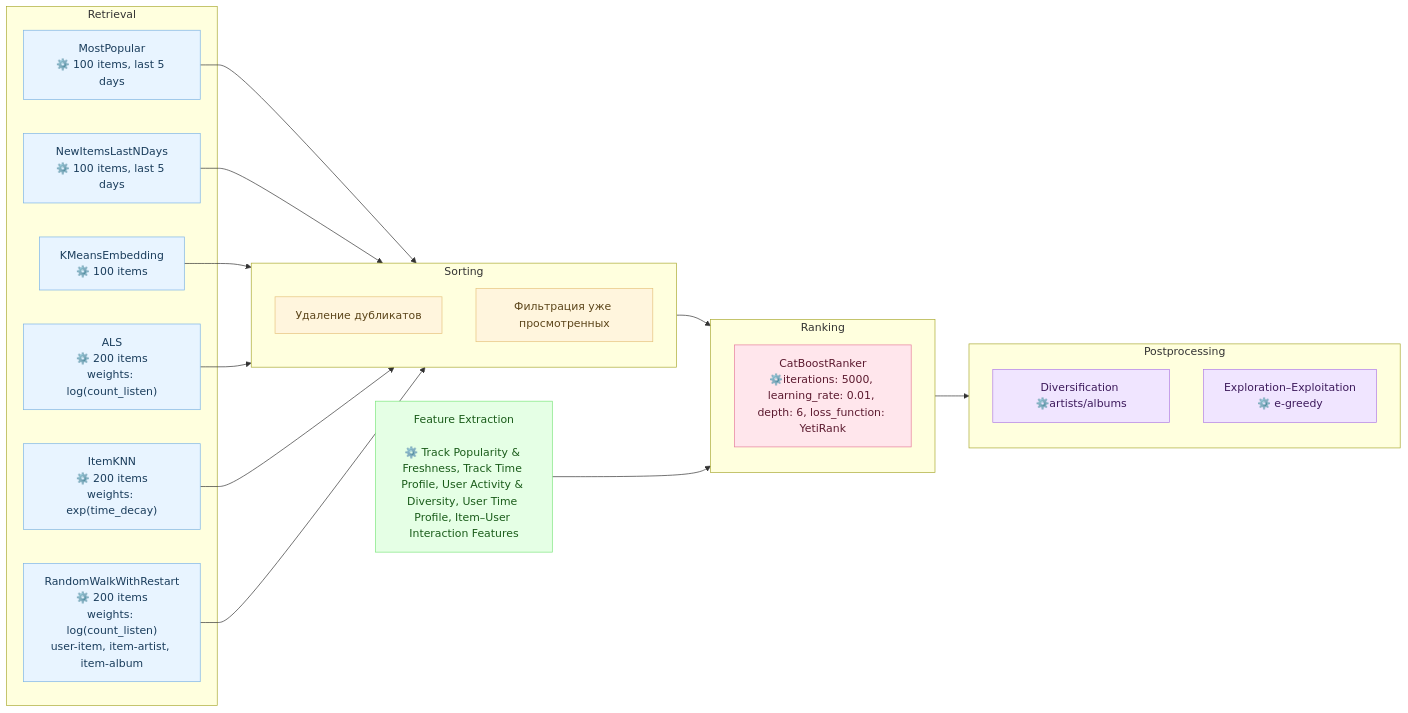
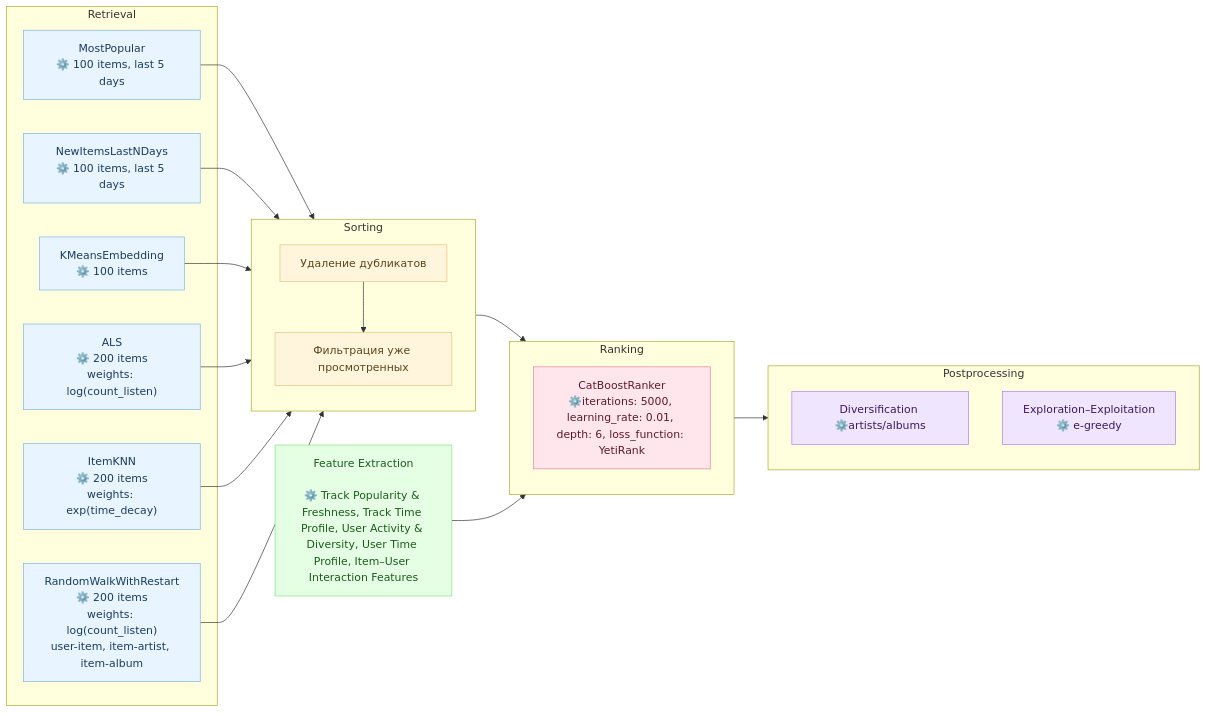
One commit to Nastasy822/music-recommendation-experiments changed the second of 2 diagrams in README.md. Above: the diagram before and after it, drawn with Mermaid.

Commit message:
docs(readme): update diagram

````diff
--- a/README.md
+++ b/README.md
@@ -180,58 +180,59 @@
 ```mermaid
 flowchart LR
     %% === Retrieval Models ===
     subgraph RETRIEVAL ["Retrieval"]
         PopAll["MostPopular<br/>⚙️ 100 items, last 5 days"]
         PopUser["NewItemsLastNDays<br/>⚙️ 100 items, last 5 days"]
         SIM["KMeansEmbedding<br/>⚙️ 100 items"]
         ITEMKNN["ItemKNN<br/>⚙️ 200 items<br/>weights: exp(time_decay)"]
         GRAPH["RandomWalkWithRestart<br/>⚙️ 200 items<br/>weights: log(count_listen)<br/>user-item, item-artist, item-album"]
         ALS["ALS<br/>⚙️ 200 items<br/>weights: log(count_listen)"]
     end
 
     %% === Sorting Stage ===
     subgraph SORTING ["Sorting"]
         direction TB
         DUBLICATE["Удаление дубликатов"]
         FILTER["Фильтрация уже просмотренных"]
+        DUBLICATE --> FILTER
     end
 
     %% === Ranking Stage ===
     subgraph RANKING ["Ranking"]
         RANK["CatBoostRanker<br/>⚙️iterations: 5000, learning_rate: 0.01, depth: 6, loss_function: YetiRank"]
     end
 
     %% === Postprocessing Stage ===
     subgraph POSTPROCESS ["Postprocessing"]
         ARTIST_FILTER["Diversification ⚙️artists/albums"]
         EXPLORATION["Exploration–Exploitation<br/> ⚙️ e-greedy"]
     end
 
     %% === Feature Extraction ===
     FEATS["Feature Extraction<br><br>⚙️ Track Popularity & Freshness, Track Time Profile, User Activity & Diversity, User Time Profile, Item–User Interaction Features"]
 
     %% === Data Flows ===
     PopAll --> SORTING
     PopUser --> SORTING
     SIM --> SORTING
     ALS --> SORTING
     ITEMKNN --> SORTING
     GRAPH --> SORTING
     SORTING --> RANKING
     FEATS --> RANKING
     RANKING --> POSTPROCESS
 
     %% === Styles ===
     classDef retrieval fill:#e8f4ff,stroke:#7db4e6,color:#1a3d5c;
     classDef sorting fill:#fff5dd,stroke:#e6c27d,color:#5c451a;
     classDef ranking fill:#ffe6ec,stroke:#e67d9c,color:#5c1a2f;
     classDef postprocess fill:#f0e5ff,stroke:#b07de6,color:#3d1a5c;
     classDef features fill:#e5ffe5,stroke:#7de67d,color:#1a5c1a;
 
     class PopAll,PopUser,SIM,ALS,ITEMKNN,GRAPH retrieval;
     class FILTER,DUBLICATE sorting;
     class RANK ranking;
     class ARTIST_FILTER,EXPLORATION postprocess;
     class FEATS features;
 
 ```
````
